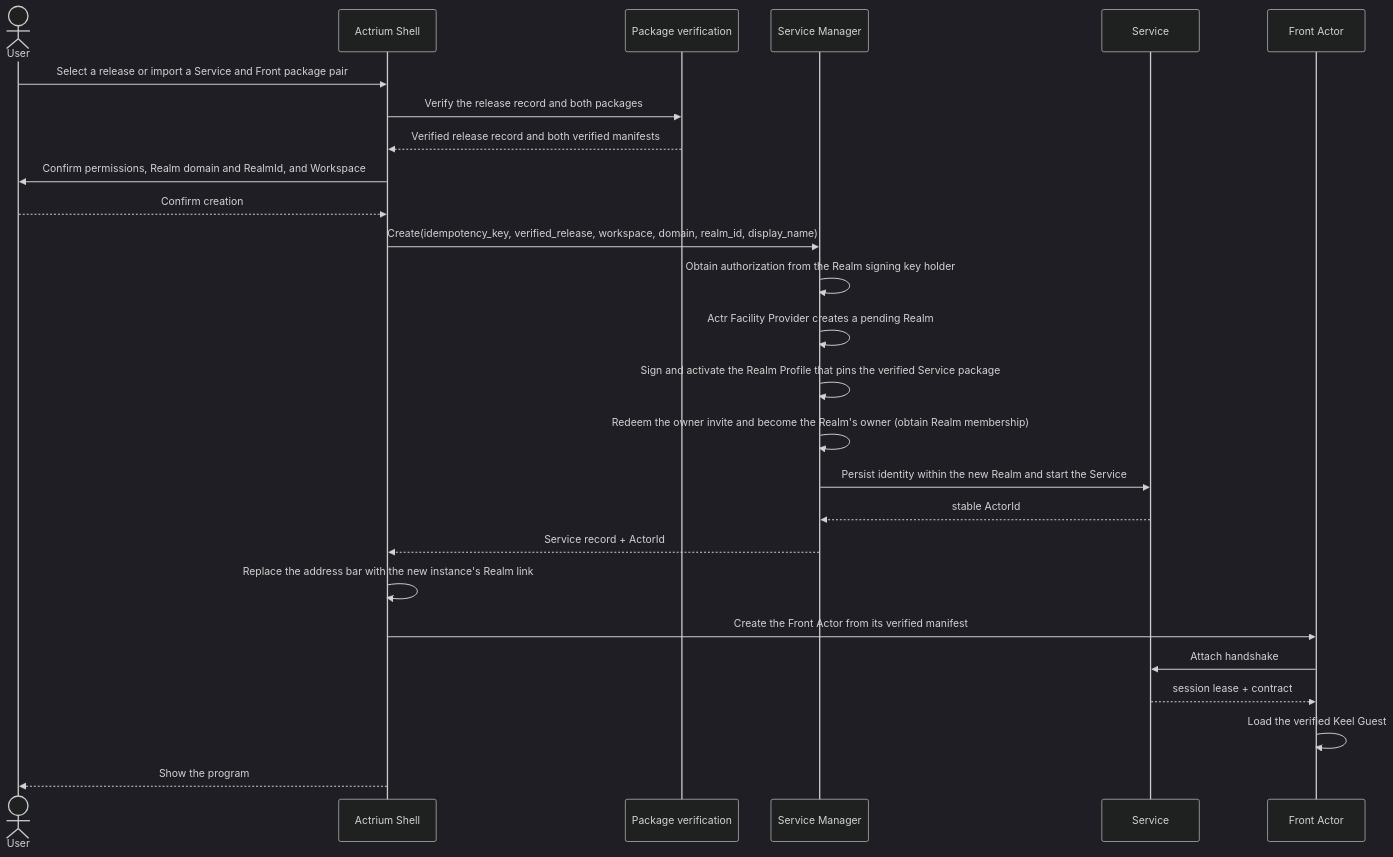
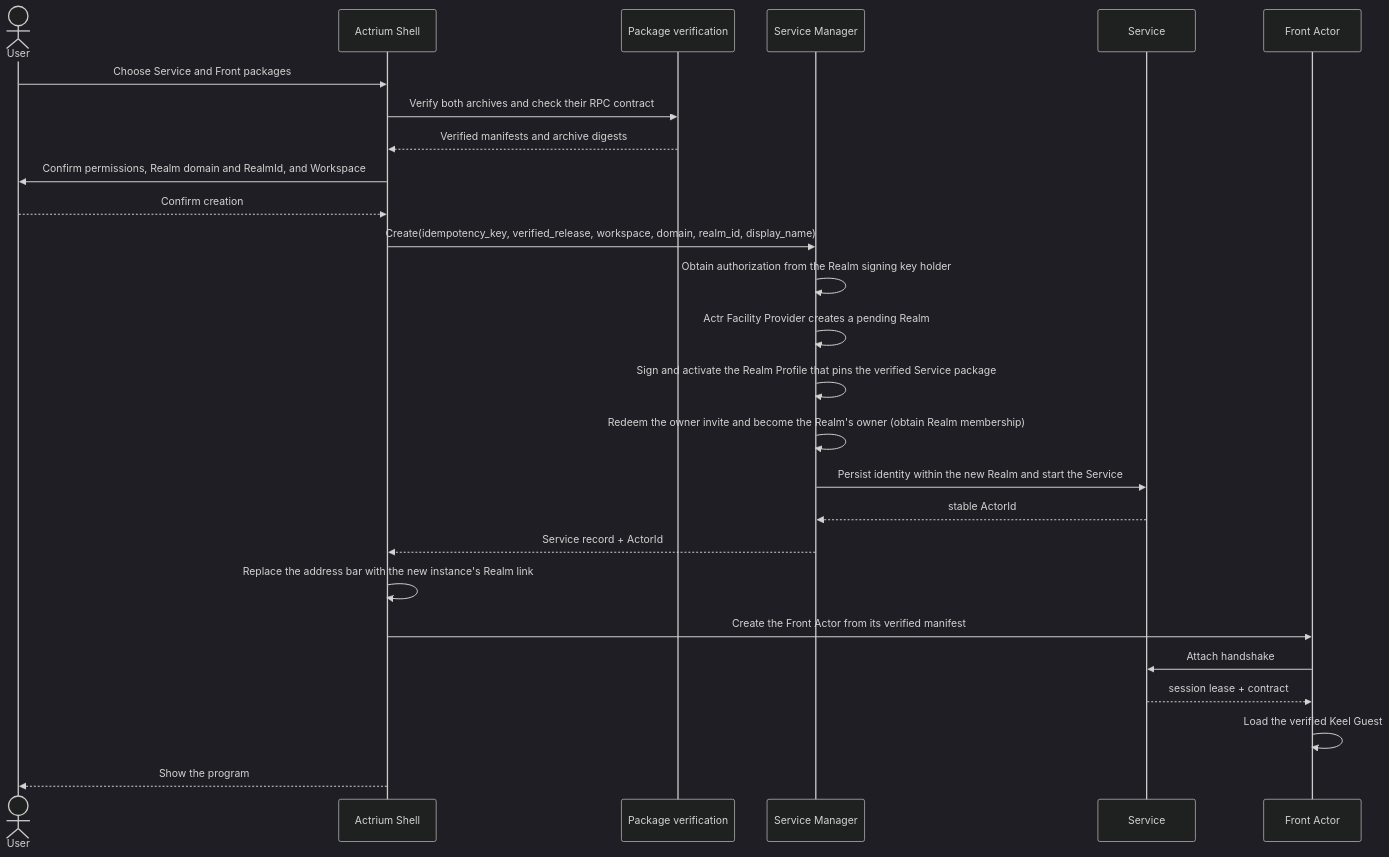
The diagram in docs/product/actrium-v1/03-user-experience.md (Actrium/actrium), drawn with Mermaid (dark theme) before and after one commit. The commit also changed other lines of this file and 36 other files, not shown here.

First line of the commit message:
docs(protocol): let Realms select Service and Front packages (#428)

````diff
--- a/docs/product/actrium-v1/03-user-experience.md
+++ b/docs/product/actrium-v1/03-user-experience.md
@@ -116,29 +114,29 @@
 ```mermaid
 sequenceDiagram
     actor U as User
     participant A as Actrium Shell
     participant P as Package verification
     participant M as Service Manager
     participant S as Service
     participant F as Front Actor
 
-    U->>A: Select a release or import a Service and Front package pair
-    A->>P: Verify the release record and both packages
-    P-->>A: Verified release record and both verified manifests
+    U->>A: Choose Service and Front packages
+    A->>P: Verify both archives and check their RPC contract
+    P-->>A: Verified manifests and archive digests
     A->>U: Confirm permissions, Realm domain and RealmId, and Workspace
     U-->>A: Confirm creation
     A->>M: Create(idempotency_key, verified_release, workspace, domain, realm_id, display_name)
     M->>M: Obtain authorization from the Realm signing key holder
     M->>M: Actr Facility Provider creates a pending Realm
     M->>M: Sign and activate the Realm Profile that pins the verified Service package
     M->>M: Redeem the owner invite and become the Realm's owner (obtain Realm membership)
     M->>S: Persist identity within the new Realm and start the Service
     S-->>M: stable ActorId
     M-->>A: Service record + ActorId
     A->>A: Replace the address bar with the new instance's Realm link
     A->>F: Create the Front Actor from its verified manifest
     F->>S: Attach handshake
     S-->>F: session lease + contract
     F->>F: Load the verified Keel Guest
     A-->>U: Show the program
 ```
````
